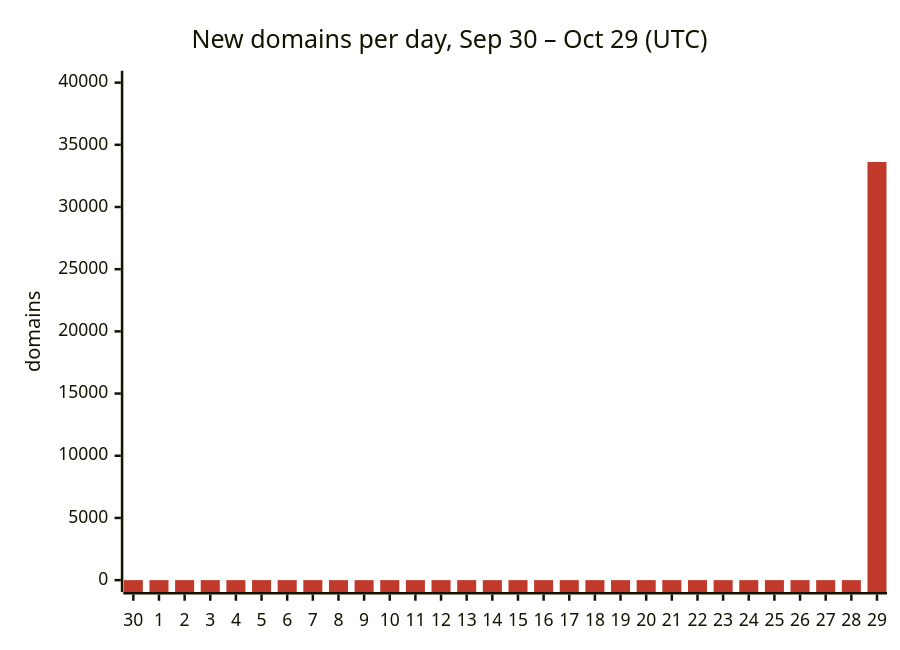
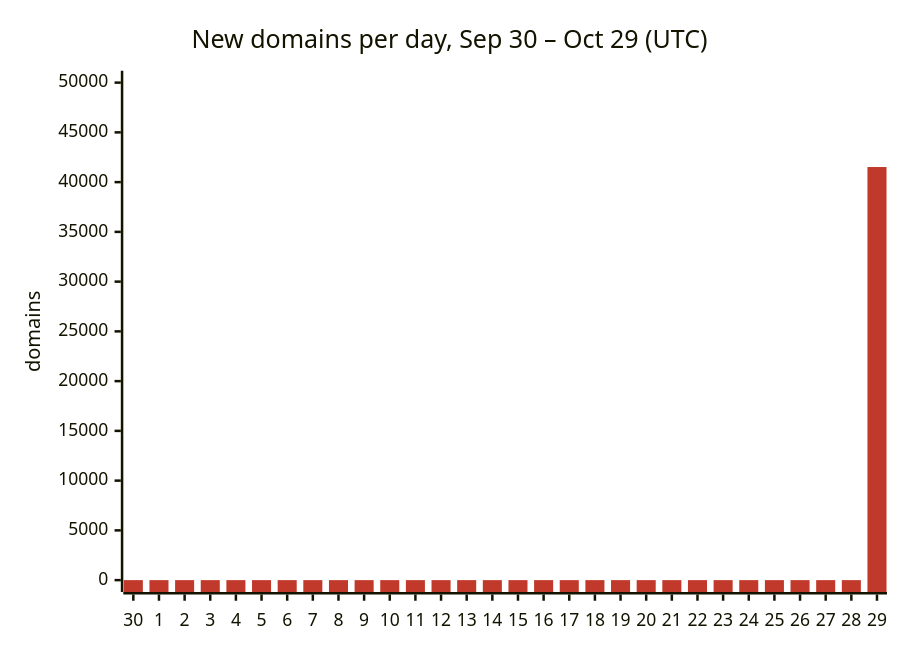
The first of 2 diagrams in README.md (DNSBunker/CTI), drawn with Mermaid before and after one commit. The commit also changed other lines of this file and 3 other files, not shown here.

````diff
--- a/README.md
+++ b/README.md
@@ -29,8 +29,8 @@
 ```mermaid
 %%{init: {"themeVariables": {"xyChart": {"plotColorPalette": "#c0392b"}}}}%%
 xychart-beta
     title "New domains per day, Sep 30 – Oct 29 (UTC)"
     x-axis ["30", "1", "2", "3", "4", "5", "6", "7", "8", "9", "10", "11", "12", "13", "14", "15", "16", "17", "18", "19", "20", "21", "22", "23", "24", "25", "26", "27", "28", "29"]
-    y-axis "domains" 0 --> 40000
-    bar [0, 0, 0, 0, 0, 0, 0, 0, 0, 0, 0, 0, 0, 0, 0, 0, 0, 0, 0, 0, 0, 0, 0, 0, 0, 0, 0, 0, 0, 33620]
+    y-axis "domains" 0 --> 50000
+    bar [0, 0, 0, 0, 0, 0, 0, 0, 0, 0, 0, 0, 0, 0, 0, 0, 0, 0, 0, 0, 0, 0, 0, 0, 0, 0, 0, 0, 0, 41517]
 ```
````
